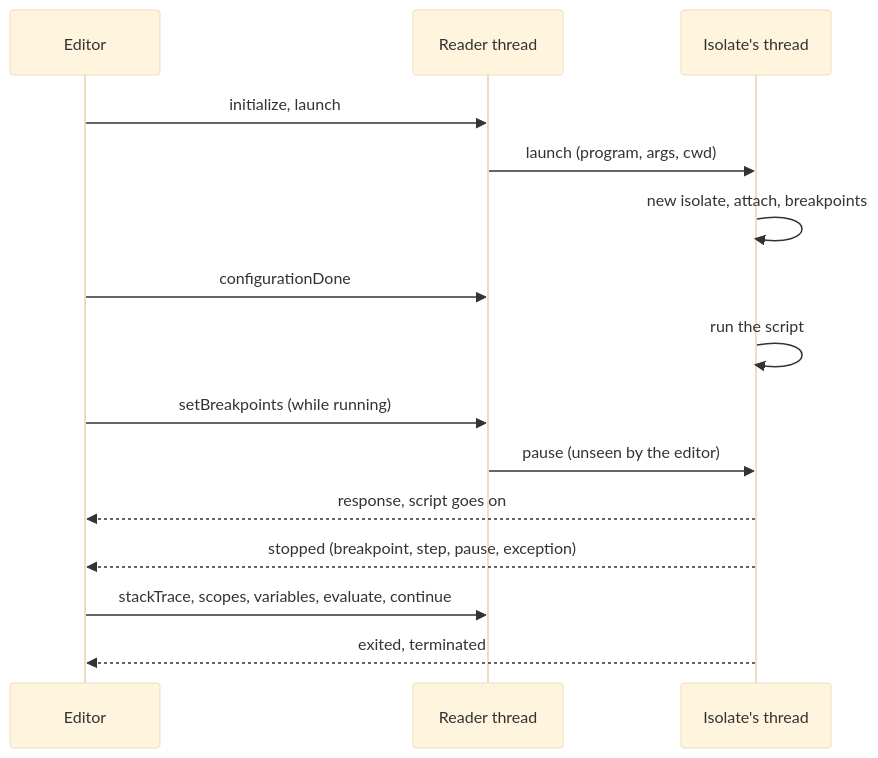
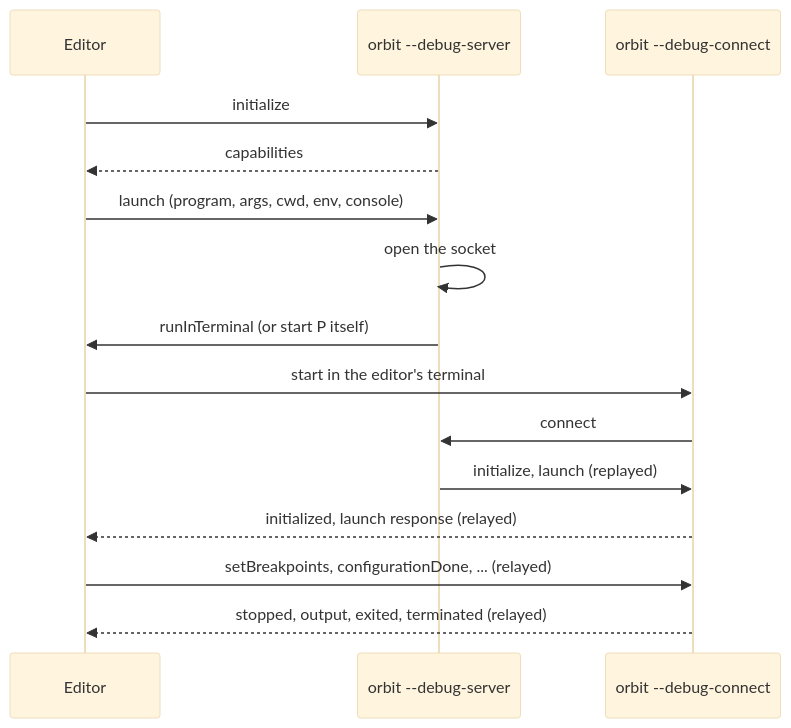
One commit to orbitscript-lang/OrbitScript changed the second of 2 diagrams in docs/design/debug.md. Above: the diagram before and after it, drawn with Mermaid (base theme). The commit also changed other lines of this file and 9 other files, not shown here.

First line of the commit message:
orbit --debug-server runs the script as its own process

````diff
--- a/docs/design/debug.md
+++ b/docs/design/debug.md
@@ -228,17 +228,17 @@
 ```mermaid
 sequenceDiagram
     participant E as Editor
-    participant R as Reader thread
-    participant H as Isolate's thread
-    E->>R: initialize, launch
-    R->>H: launch (program, args, cwd)
-    H->>H: new isolate, attach, breakpoints
-    E->>R: configurationDone
-    H->>H: run the script
-    E->>R: setBreakpoints (while running)
-    R->>H: pause (unseen by the editor)
-    H-->>E: response, script goes on
-    H-->>E: stopped (breakpoint, step, pause, exception)
-    E->>R: stackTrace, scopes, variables, evaluate, continue
-    H-->>E: exited, terminated
+    participant A as orbit --debug-server
+    participant P as orbit --debug-connect
+    E->>A: initialize
+    A-->>E: capabilities
+    E->>A: launch (program, args, cwd, env, console)
+    A->>A: open the socket
+    A->>E: runInTerminal (or start P itself)
+    E->>P: start in the editor's terminal
+    P->>A: connect
+    A->>P: initialize, launch (replayed)
+    P-->>E: initialized, launch response (relayed)
+    E->>P: setBreakpoints, configurationDone, ... (relayed)
+    P-->>E: stopped, output, exited, terminated (relayed)
 ```
````
